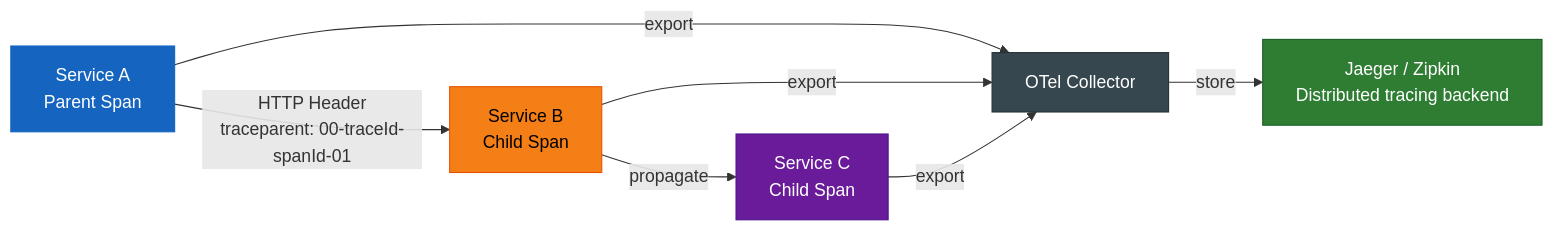
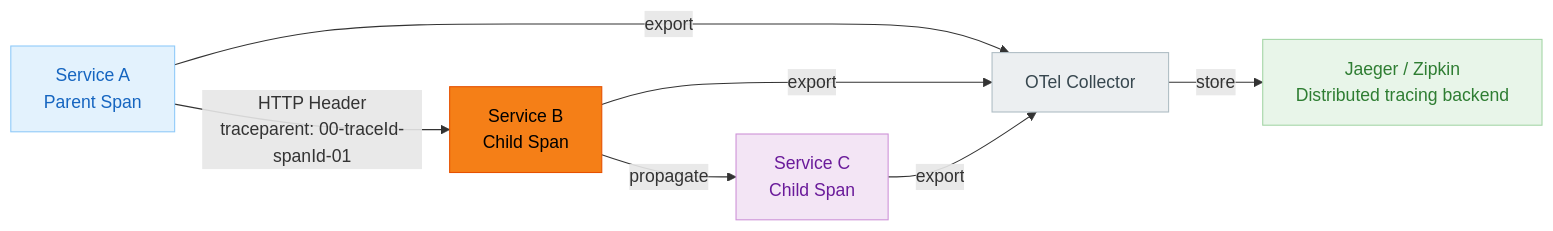
One commit to bluetape4k/bluetape4k-projects changed the fourth of 4 diagrams in infra/opentelemetry/README.md. Above: the diagram before and after it, drawn with Mermaid. The commit also changed other lines of this file and 219 other files, not shown here.

First line of the commit message:
docs: 전체 README Mermaid 다이어그램 가이드 적용

````diff
--- a/infra/opentelemetry/README.md
+++ b/infra/opentelemetry/README.md
@@ -399,25 +393,25 @@
 ```mermaid
 flowchart LR
     ServiceA[Service A<br/>Parent Span] -->|HTTP Header<br/>traceparent: 00-traceId-spanId-01| ServiceB[Service B<br/>Child Span]
     ServiceB -->|propagate| ServiceC[Service C<br/>Child Span]
 
     ServiceA -->|export| Collector[OTel Collector]
     ServiceB -->|export| Collector
     ServiceC -->|export| Collector
 
     Collector -->|store| Backend[Jaeger / Zipkin<br/>Distributed tracing backend]
 
-    classDef coreStyle fill:#1B5E20,stroke:#1B5E20,color:#FFFFFF,font-weight:bold
-    classDef serviceStyle fill:#1565C0,stroke:#1565C0,color:#FFFFFF
-    classDef utilStyle fill:#E65100,stroke:#E65100,color:#FFFFFF
-    classDef asyncStyle fill:#6A1B9A,stroke:#6A1B9A,color:#FFFFFF
-    classDef extStyle fill:#37474F,stroke:#37474F,color:#FFFFFF
+    classDef coreStyle fill:#E8F5E9,stroke:#A5D6A7,color:#2E7D32,font-weight:bold
+    classDef serviceStyle fill:#E3F2FD,stroke:#90CAF9,color:#1565C0
+    classDef utilStyle fill:#FFF3E0,stroke:#FFCC80,color:#E65100
+    classDef asyncStyle fill:#F3E5F5,stroke:#CE93D8,color:#6A1B9A
+    classDef extStyle fill:#ECEFF1,stroke:#B0BEC5,color:#37474F
     classDef dataStyle fill:#F57F17,stroke:#F57F17,color:#000000
-    classDef cacheStyle fill:#2E7D32,stroke:#1B5E20,color:#FFFFFF
+    classDef cacheStyle fill:#E8F5E9,stroke:#A5D6A7,color:#2E7D32
 
-    style ServiceA fill:#1565C0,stroke:#1565C0,color:#FFFFFF
+    style ServiceA fill:#E3F2FD,stroke:#90CAF9,color:#1565C0
     style ServiceB fill:#F57F17,stroke:#E65100,color:#000000
-    style ServiceC fill:#6A1B9A,stroke:#4A148C,color:#FFFFFF
-    style Backend fill:#2E7D32,stroke:#1B5E20,color:#FFFFFF
-    style Collector fill:#37474F,stroke:#263238,color:#FFFFFF
+    style ServiceC fill:#F3E5F5,stroke:#CE93D8,color:#6A1B9A
+    style Backend fill:#E8F5E9,stroke:#A5D6A7,color:#2E7D32
+    style Collector fill:#ECEFF1,stroke:#B0BEC5,color:#37474F
 ```
````
